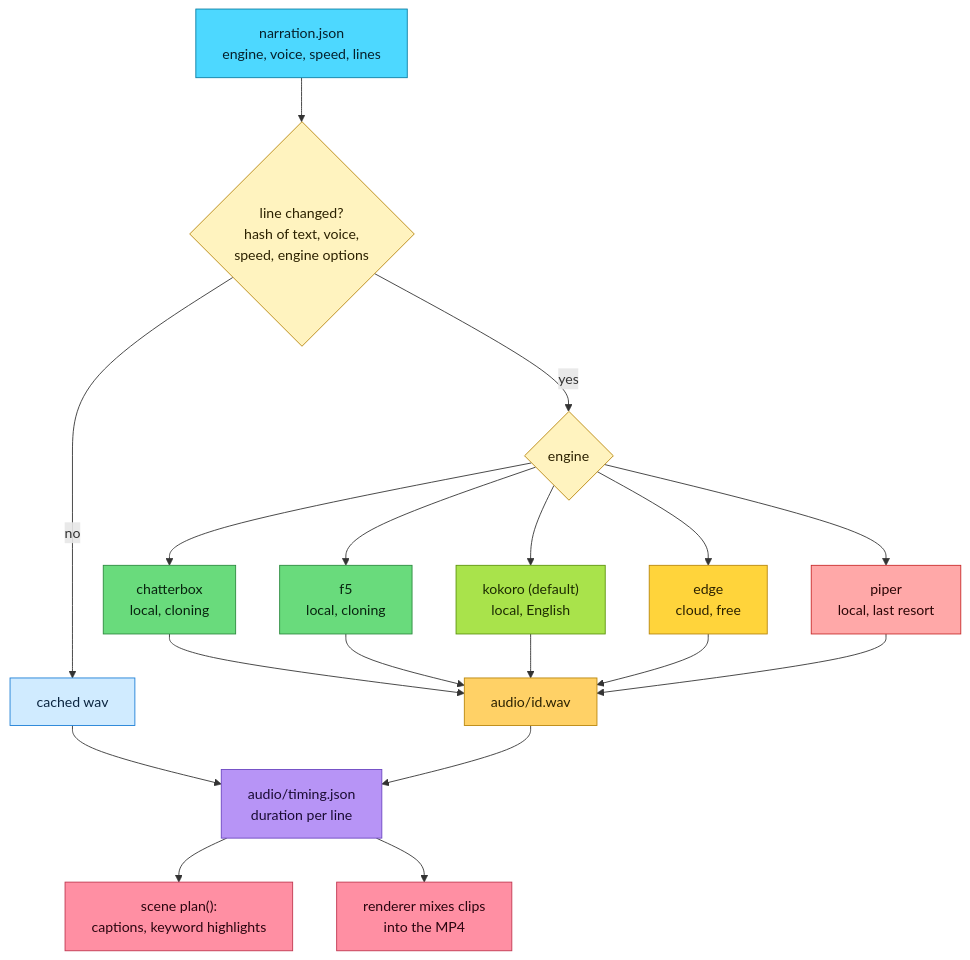
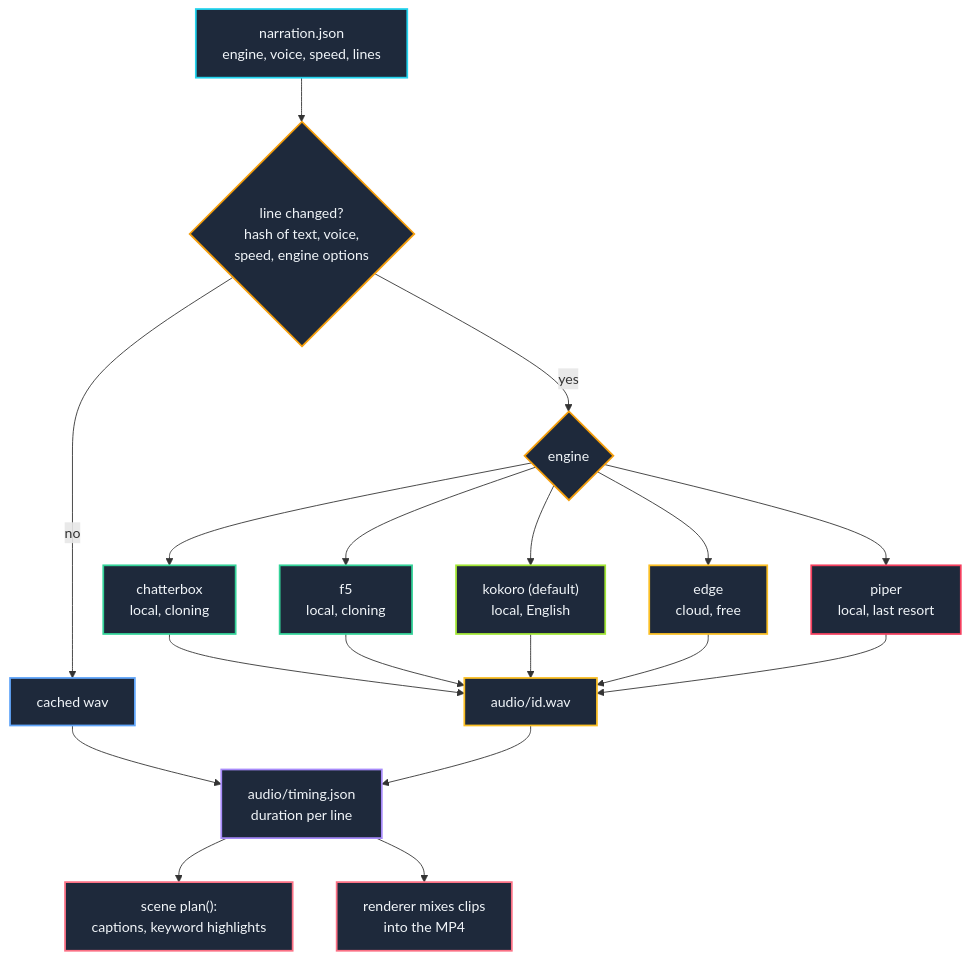
The second of 5 diagrams in README.md (chuongdang/web-animation-to-video), drawn with Mermaid before and after one commit. The commit also changed other lines of this file, not shown here.

Commit message:
[nokey] update diagrams

````diff
--- a/README.md
+++ b/README.md
@@ -82,26 +82,26 @@
 ```mermaid
 flowchart TD
     J["narration.json<br/>engine, voice, speed, lines"]:::cfg --> H{"line changed?<br/>hash of text, voice,<br/>speed, engine options"}:::decide
     H -- no --> C["cached wav"]:::cache
     H -- yes --> E{"engine"}:::decide
     E --> CB["chatterbox<br/>local, cloning"]:::best
     E --> F5["f5<br/>local, cloning"]:::best
     E --> KO["kokoro (default)<br/>local, English"]:::good
     E --> ED["edge<br/>cloud, free"]:::ok
     E --> PI["piper<br/>local, last resort"]:::last
     CB & F5 & KO & ED & PI --> W["audio/id.wav"]:::audio
     C & W --> T["audio/timing.json<br/>duration per line"]:::timing
     T --> S["scene plan():<br/>captions, keyword highlights"]:::scene
     T --> X["renderer mixes clips<br/>into the MP4"]:::scene
 
-    classDef cfg fill:#4dd8ff,stroke:#0a7ea4,color:#06202b
-    classDef decide fill:#fff3bf,stroke:#b8860b,color:#2b2100
-    classDef cache fill:#d0ebff,stroke:#1c7ed6,color:#0b2540
-    classDef best fill:#69db7c,stroke:#2b8a3e,color:#08240f
-    classDef good fill:#a9e34b,stroke:#5c940d,color:#1c2b02
-    classDef ok fill:#ffd43b,stroke:#b8860b,color:#2b2100
-    classDef last fill:#ffa8a8,stroke:#c92a2a,color:#2b0606
-    classDef audio fill:#ffd166,stroke:#b8860b,color:#2b2100
-    classDef timing fill:#b794f6,stroke:#6b46c1,color:#1a0b33
-    classDef scene fill:#ff8fa3,stroke:#c0364f,color:#2b0610
+    classDef cfg fill:#1e293b,stroke:#22d3ee,stroke-width:2px,color:#f1f5f9
+    classDef decide fill:#1e293b,stroke:#f59e0b,stroke-width:2px,color:#f1f5f9
+    classDef cache fill:#1e293b,stroke:#60a5fa,stroke-width:2px,color:#f1f5f9
+    classDef best fill:#1e293b,stroke:#34d399,stroke-width:2px,color:#f1f5f9
+    classDef good fill:#1e293b,stroke:#a3e635,stroke-width:2px,color:#f1f5f9
+    classDef ok fill:#1e293b,stroke:#fbbf24,stroke-width:2px,color:#f1f5f9
+    classDef last fill:#1e293b,stroke:#f43f5e,stroke-width:2px,color:#f1f5f9
+    classDef audio fill:#1e293b,stroke:#fbbf24,stroke-width:2px,color:#f1f5f9
+    classDef timing fill:#1e293b,stroke:#a78bfa,stroke-width:2px,color:#f1f5f9
+    classDef scene fill:#1e293b,stroke:#fb7185,stroke-width:2px,color:#f1f5f9
 ```
````
